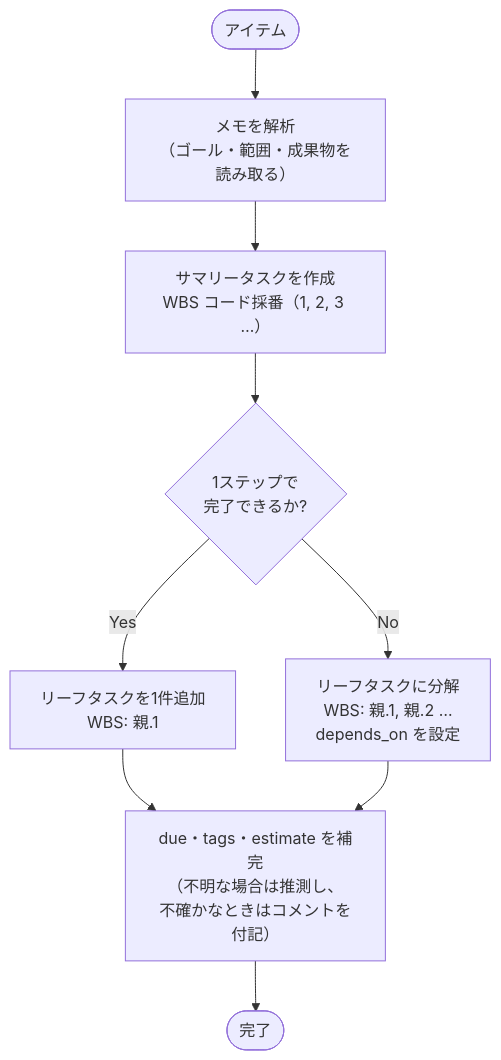
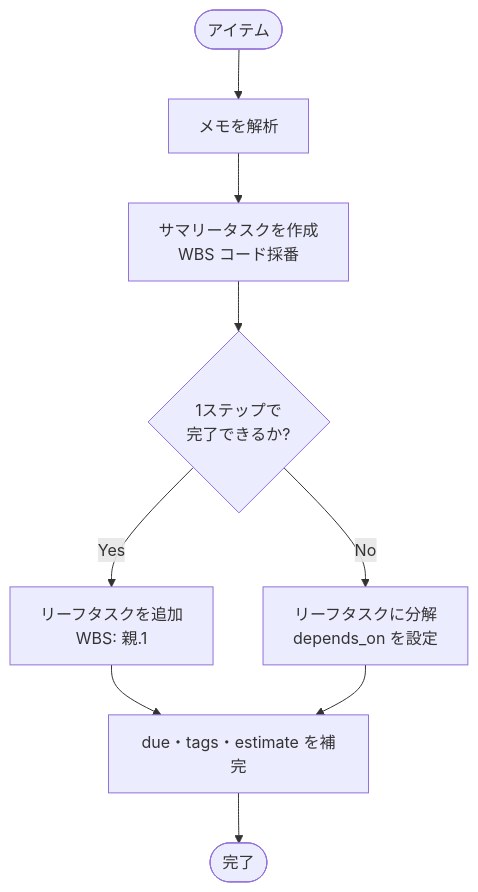
Before and after one commit to yasuhiro112358/ai-agent-toolkit: the third of 3 diagrams in prompts/task-streamliner/docs/explanation/inbox-processing.md, drawn with Mermaid. The commit also changed other lines of this file and 3 other files, not shown here.

First line of the commit message:
docs(task-streamliner): shorten diagram node labels across all process pages

````diff
--- a/prompts/task-streamliner/docs/explanation/inbox-processing.md
+++ b/prompts/task-streamliner/docs/explanation/inbox-processing.md
@@ -46,14 +54,14 @@
 ```mermaid
 flowchart TD
     S([アイテム])
     E([完了])
 
-    S --> Parse["メモを解析\n（ゴール・範囲・成果物を読み取る）"]
-    Parse --> CreateST["サマリータスクを作成\nWBS コード採番（1, 2, 3 …）"]
+    S --> Parse["メモを解析"]
+    Parse --> CreateST["サマリータスクを作成\nWBS コード採番"]
     CreateST --> Atomic{1ステップで\n完了できるか?}
-    Atomic -- Yes --> OneLeaf["リーフタスクを1件追加\nWBS: 親.1"]
-    Atomic -- No --> MultiLeaf["リーフタスクに分解\nWBS: 親.1, 親.2 …\ndepends_on を設定"]
-    OneLeaf --> Fill["due・tags・estimate を補完\n（不明な場合は推測し、\n不確かなときはコメントを付記）"]
+    Atomic -- Yes --> OneLeaf["リーフタスクを追加\nWBS: 親.1"]
+    Atomic -- No --> MultiLeaf["リーフタスクに分解\ndepends_on を設定"]
+    OneLeaf --> Fill["due・tags・estimate を補完"]
     MultiLeaf --> Fill
     Fill --> E
 ```
````
